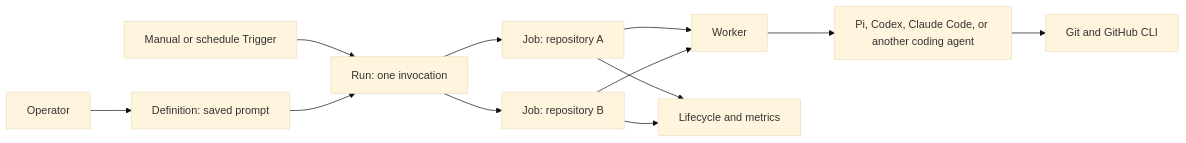
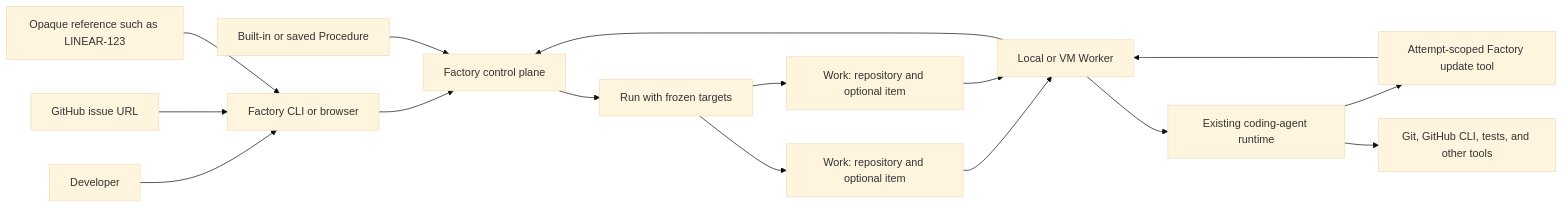
One commit to owainlewis/factory changed the diagram in docs/software-factory/design.md. Above: the diagram before and after it, drawn with Mermaid (base theme). The commit also changed other lines of this file and 5 other files, not shown here.

Commit message:
docs: design agent-directed software factory

````diff
--- a/docs/software-factory/design.md
+++ b/docs/software-factory/design.md
@@ -54,14 +57,18 @@
 ```mermaid
 flowchart LR
-    U["Operator"] --> D["Definition: saved prompt"]
-    T["Manual or schedule Trigger"] --> R["Run: one invocation"]
-    D --> R
-    R --> J1["Job: repository A"]
-    R --> J2["Job: repository B"]
-    J1 --> RN["Worker"]
-    J2 --> RN
-    RN --> A["Pi, Codex, Claude Code, or another coding agent"]
-    A --> G["Git and GitHub CLI"]
-    J1 --> M["Lifecycle and metrics"]
-    J2 --> M
+    O["Developer"] --> CLI["Factory CLI or browser"]
+    GH["GitHub issue URL"] --> CLI
+    LR["Opaque reference such as LINEAR-123"] --> CLI
+    CLI --> CP["Factory control plane"]
+    P["Built-in or saved Procedure"] --> CP
+    CP --> R["Run with frozen targets"]
+    R --> W1["Work: repository and optional item"]
+    R --> W2["Work: repository and optional item"]
+    W1 --> WK["Local or VM Worker"]
+    W2 --> WK
+    WK --> A["Existing coding-agent runtime"]
+    A --> FT["Attempt-scoped Factory update tool"]
+    A --> EXT["Git, GitHub CLI, tests, and other tools"]
+    FT --> WK
+    WK --> CP
 ```
````
